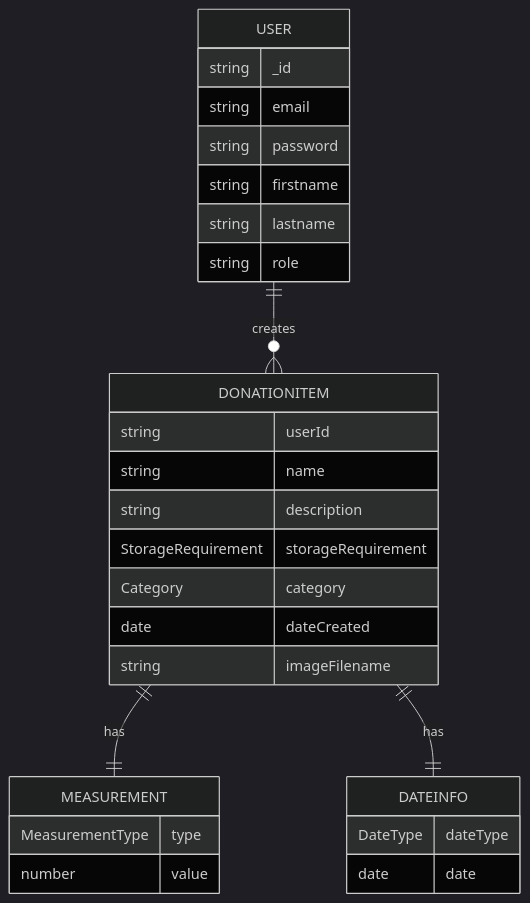
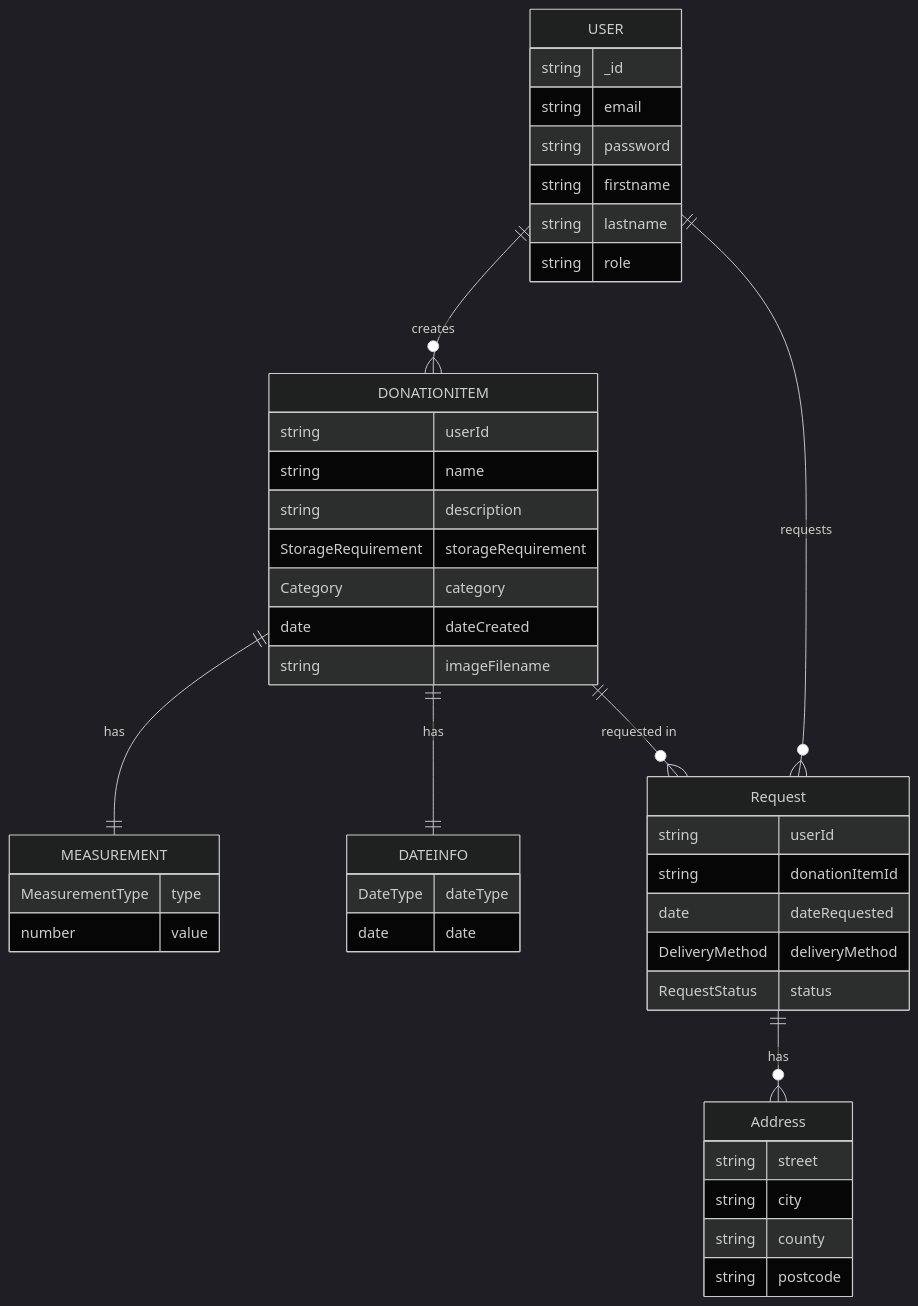
Before and after one commit to fl3my/spn-share-app: the diagram in README.md, drawn with Mermaid (dark theme).

Commit message:
Update erd diagram

````diff
--- a/README.md
+++ b/README.md
@@ -7,31 +7,47 @@
 ```mermaid
     erDiagram
     USER ||--o{ DONATIONITEM : "creates"
     USER {
         string _id
         string email
         string password
         string firstname
         string lastname
         string role
     }
     DONATIONITEM ||--|| MEASUREMENT : has
     DONATIONITEM ||--|| DATEINFO : has
     DONATIONITEM {
         string userId
         string name
         string description
         StorageRequirement storageRequirement
         Category category
         date dateCreated
         string imageFilename
     }
     MEASUREMENT {
         MeasurementType type
         number value
     }
     DATEINFO {
         DateType dateType
         date date
     }
+    USER ||--o{ Request : "requests"
+    DONATIONITEM ||--o{ Request : "requested in"
+    Request ||--o{ Address : has
+    Request {
+        string userId
+        string donationItemId
+        date dateRequested
+        DeliveryMethod deliveryMethod
+        RequestStatus status
+    }
+    Address {
+        string street
+        string city
+        string county
+        string postcode
+    }
 ```
````
